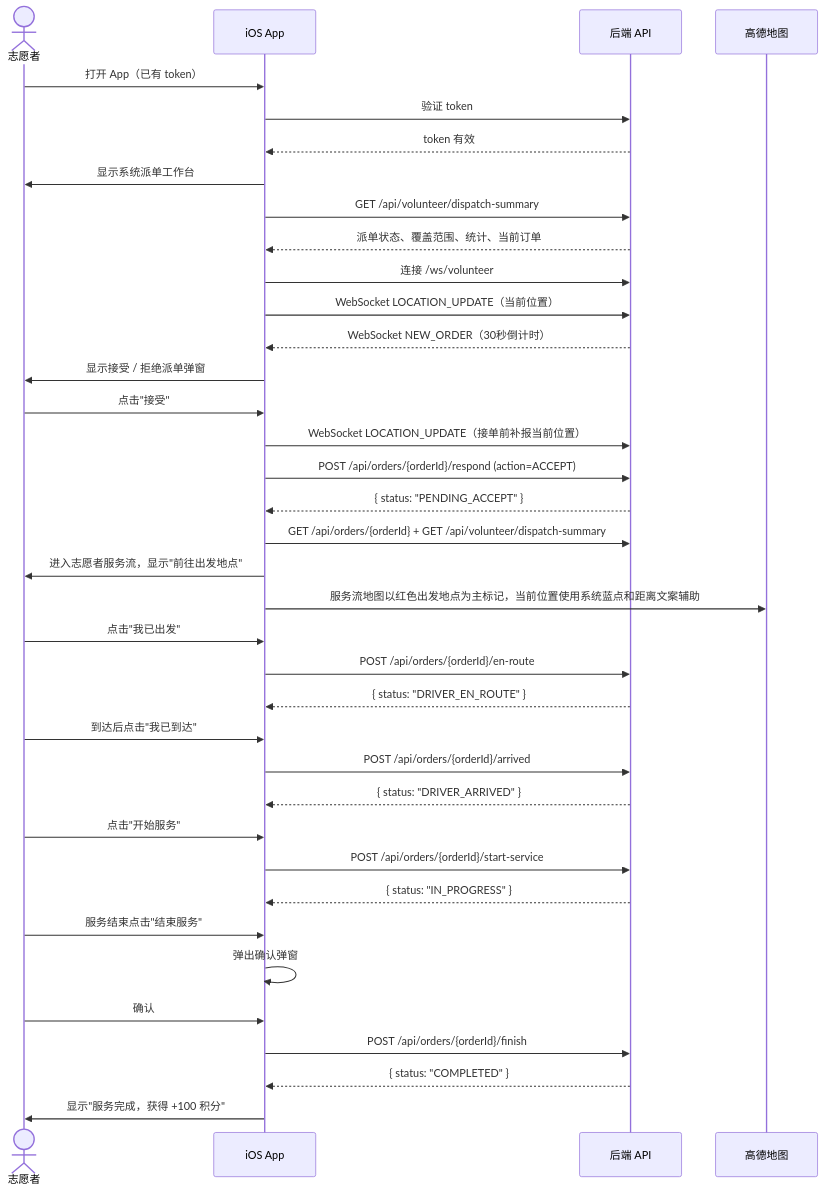
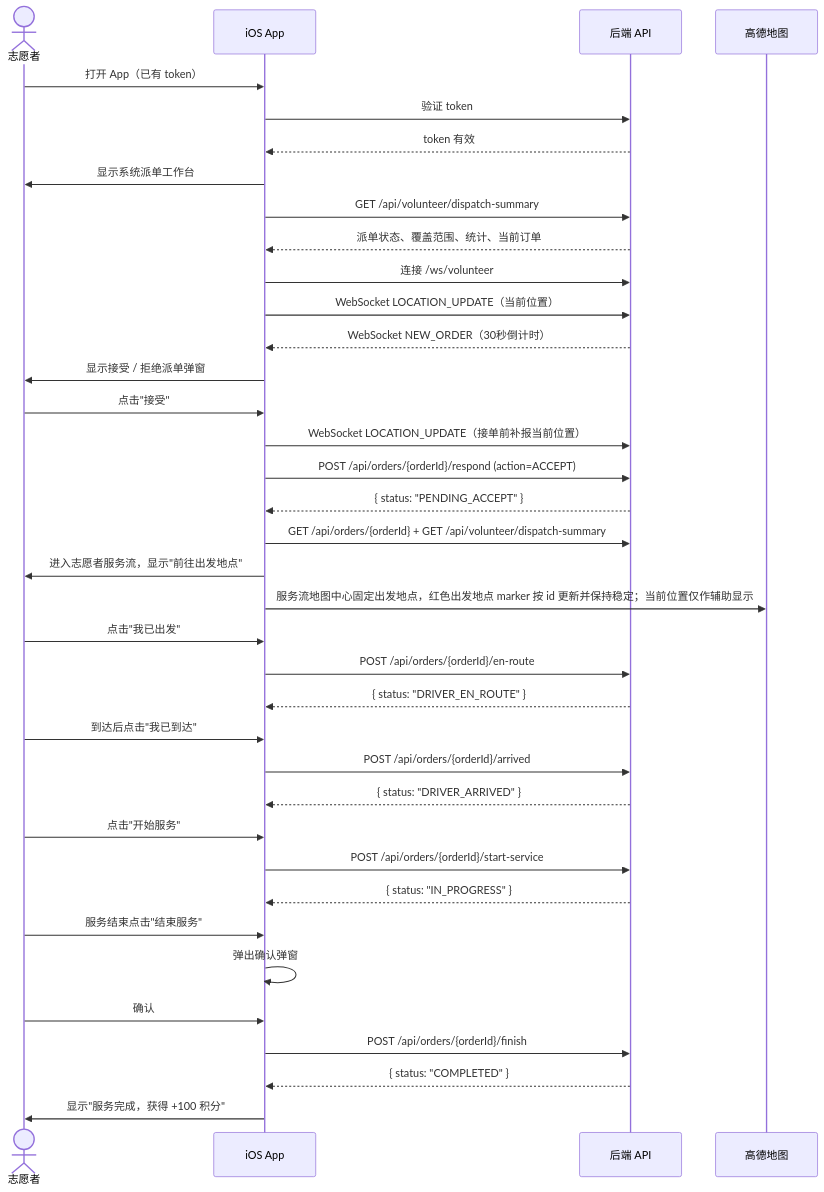
One commit to Jayden23018/blind-run-ios changed the fourth of 7 diagrams in docs/04-user-flows-and-state-machine.md. Above: the diagram before and after it, drawn with Mermaid. The commit also changed other lines of this file and 21 other files, not shown here.

````diff
--- a/docs/04-user-flows-and-state-machine.md
+++ b/docs/04-user-flows-and-state-machine.md
@@ -188,45 +195,45 @@
 ```mermaid
 sequenceDiagram
     actor VOL as 志愿者
     participant App as iOS App
     participant API as 后端 API
     participant AMap as 高德地图
 
     VOL->>App: 打开 App（已有 token）
     App->>API: 验证 token
     API-->>App: token 有效
     App->>VOL: 显示系统派单工作台
     App->>API: GET /api/volunteer/dispatch-summary
     API-->>App: 派单状态、覆盖范围、统计、当前订单
     App->>API: 连接 /ws/volunteer
     App->>API: WebSocket LOCATION_UPDATE（当前位置）
     API-->>App: WebSocket NEW_ORDER（30秒倒计时）
     App->>VOL: 显示接受 / 拒绝派单弹窗
 
     VOL->>App: 点击"接受"
     App->>API: WebSocket LOCATION_UPDATE（接单前补报当前位置）
     App->>API: POST /api/orders/{orderId}/respond (action=ACCEPT)
     API-->>App: { status: "PENDING_ACCEPT" }
     App->>API: GET /api/orders/{orderId} + GET /api/volunteer/dispatch-summary
     App->>VOL: 进入志愿者服务流，显示"前往出发地点"
-    App->>AMap: 服务流地图以红色出发地点为主标记，当前位置使用系统蓝点和距离文案辅助
+    App->>AMap: 服务流地图中心固定出发地点，红色出发地点 marker 按 id 更新并保持稳定；当前位置仅作辅助显示
 
     VOL->>App: 点击"我已出发"
     App->>API: POST /api/orders/{orderId}/en-route
     API-->>App: { status: "DRIVER_EN_ROUTE" }
 
     VOL->>App: 到达后点击"我已到达"
     App->>API: POST /api/orders/{orderId}/arrived
     API-->>App: { status: "DRIVER_ARRIVED" }
 
     VOL->>App: 点击"开始服务"
     App->>API: POST /api/orders/{orderId}/start-service
     API-->>App: { status: "IN_PROGRESS" }
 
     VOL->>App: 服务结束点击"结束服务"
     App->>App: 弹出确认弹窗
     VOL->>App: 确认
     App->>API: POST /api/orders/{orderId}/finish
     API-->>App: { status: "COMPLETED" }
     App->>VOL: 显示"服务完成，获得 +100 积分"
 ```
````
